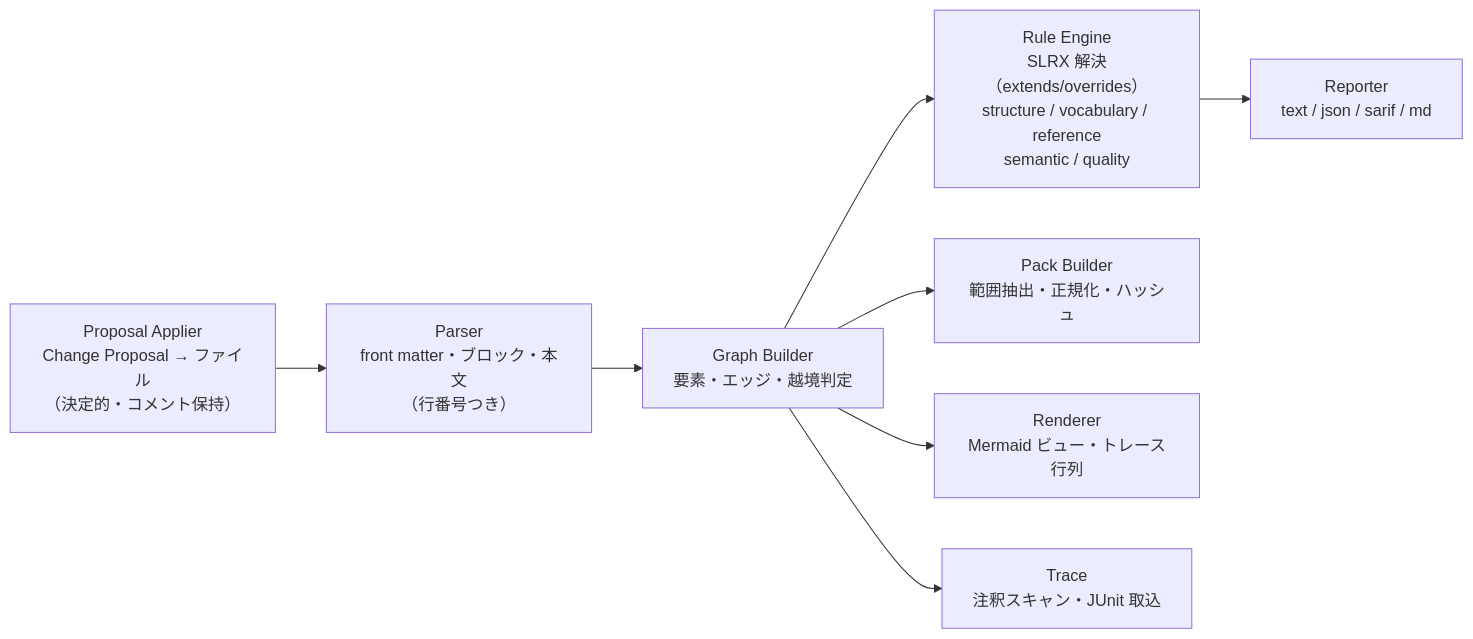
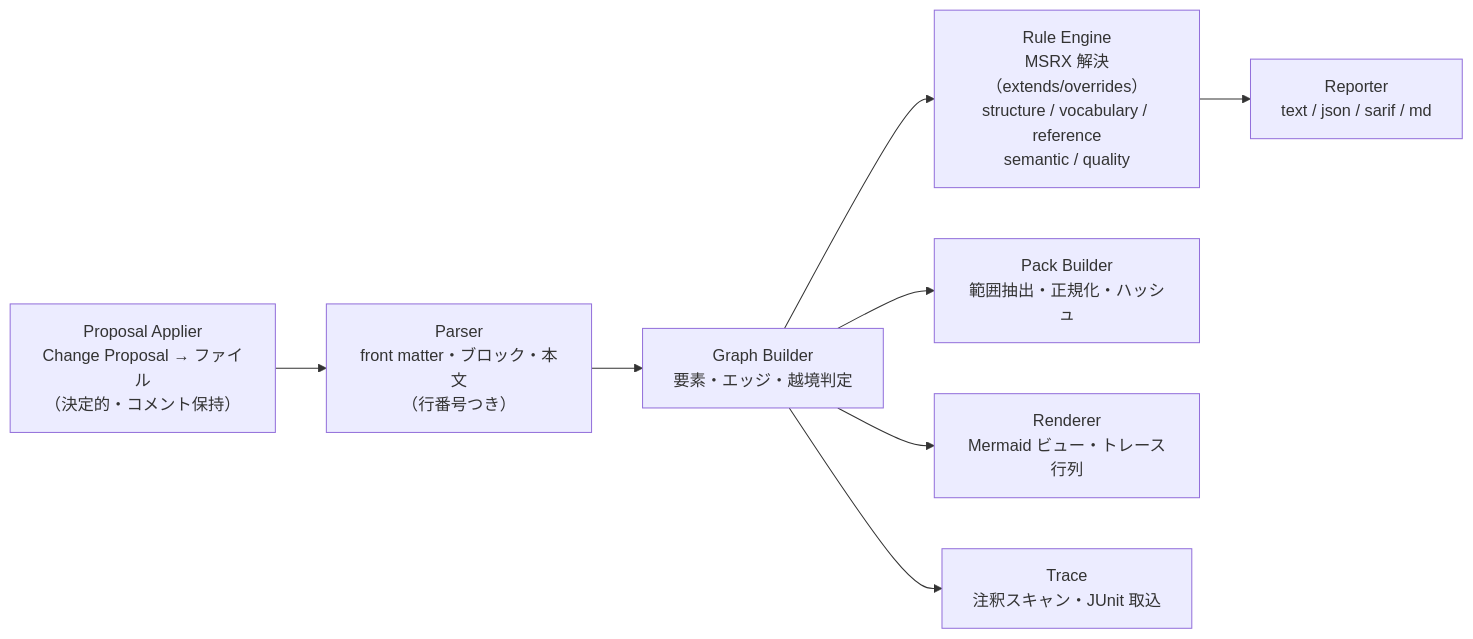
One commit to shuji-bonji/mutualspec changed the second of 2 diagrams in docs/07-toolchain-architecture.md. Above: the diagram before and after it, drawn with Mermaid. The commit also changed other lines of this file and 86 other files, not shown here.

````diff
--- a/docs/07-toolchain-architecture.md
+++ b/docs/07-toolchain-architecture.md
@@ -62,10 +65,10 @@
 ```mermaid
 flowchart LR
   P["Parser<br/>front matter・ブロック・本文<br/>（行番号つき）"] --> B["Graph Builder<br/>要素・エッジ・越境判定"]
-  B --> E["Rule Engine<br/>SLRX 解決（extends/overrides）<br/>structure / vocabulary / reference<br/>semantic / quality"]
+  B --> E["Rule Engine<br/>MSRX 解決（extends/overrides）<br/>structure / vocabulary / reference<br/>semantic / quality"]
   E --> R["Reporter<br/>text / json / sarif / md"]
   B --> PK["Pack Builder<br/>範囲抽出・正規化・ハッシュ"]
   B --> RD["Renderer<br/>Mermaid ビュー・トレース行列"]
   AP["Proposal Applier<br/>Change Proposal → ファイル<br/>（決定的・コメント保持）"] --> P
   B --> TR["Trace<br/>注釈スキャン・JUnit 取込"]
 ```
````
